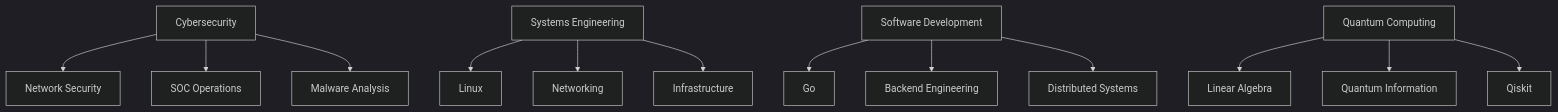
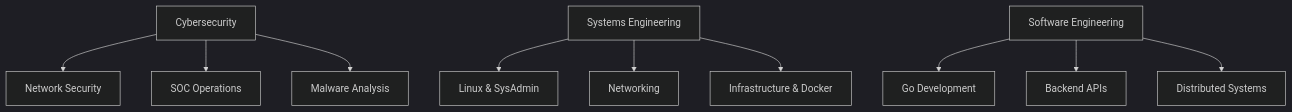
One commit to AmRam841/AmRam841 changed the diagram in README.md. Above: the diagram before and after it, drawn with Mermaid (dark theme). The commit also changed other lines of this file, not shown here.

````diff
--- a/README.md
+++ b/README.md
@@ -90,19 +93,15 @@
 ```mermaid
 graph TD
 
 A[Cybersecurity] --> B[Network Security]
 A --> C[SOC Operations]
 A --> D[Malware Analysis]
 
-E[Systems Engineering] --> F[Linux]
+E[Systems Engineering] --> F[Linux & SysAdmin]
 E --> G[Networking]
-E --> H[Infrastructure]
+E --> H[Infrastructure & Docker]
 
-I[Software Development] --> J[Go]
-I --> K[Backend Engineering]
+I[Software Engineering] --> J[Go Development]
+I --> K[Backend APIs]
 I --> L[Distributed Systems]
-
-M[Quantum Computing] --> N[Linear Algebra]
-M --> O[Quantum Information]
-M --> P[Qiskit]
 ```
````
